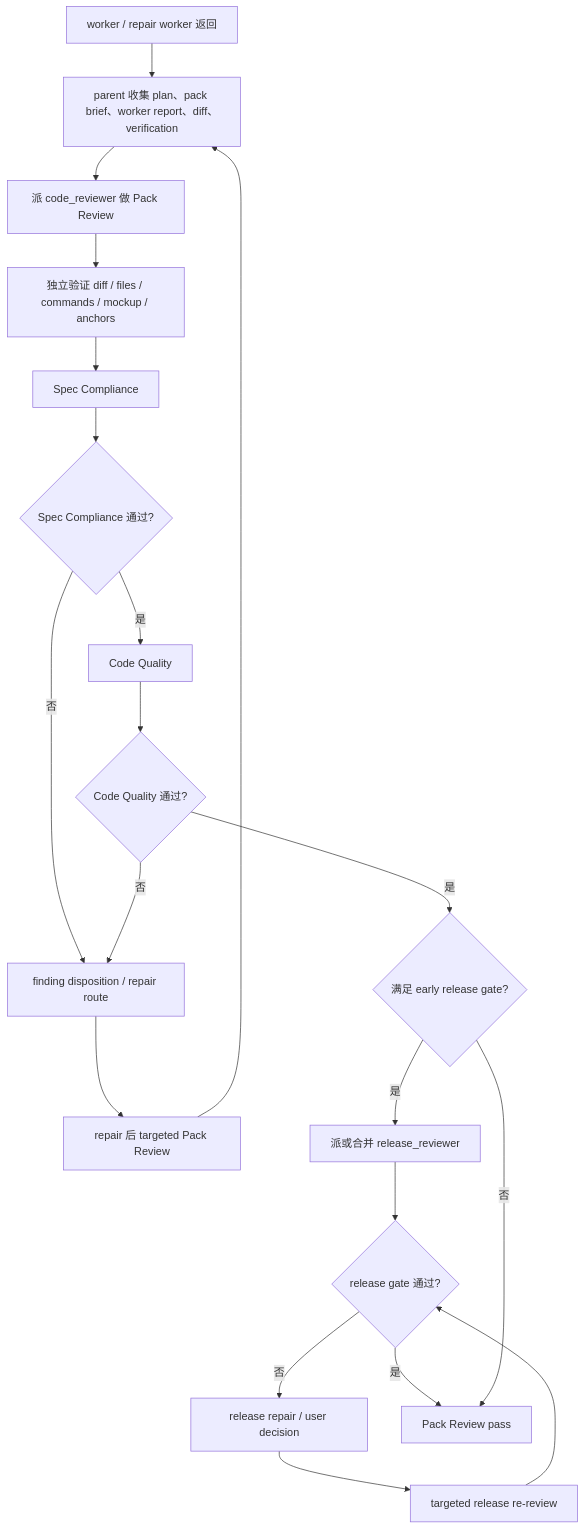
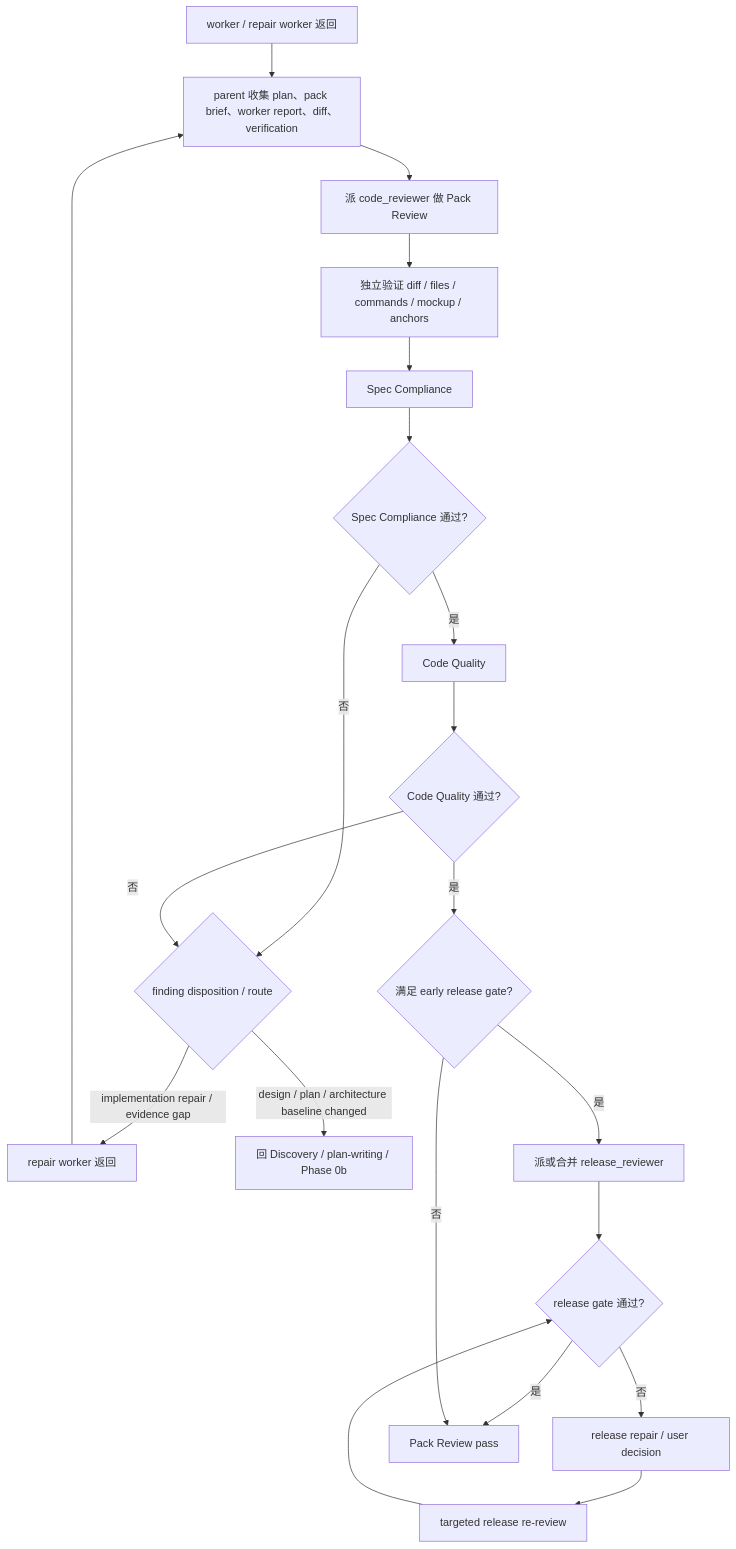
Before and after one commit to chancheuklap/multi-model-workflow: the diagram in .agents/skills/orchestrate-workflow/references/implementation-review.md, drawn with Mermaid. The commit also changed 6 other files, not shown here.

````diff
--- a/.agents/skills/orchestrate-workflow/references/implementation-review.md
+++ b/.agents/skills/orchestrate-workflow/references/implementation-review.md
@@ -30,22 +30,23 @@
 ```mermaid
 flowchart TD
     A["worker / repair worker 返回"] --> B["parent 收集 plan、pack brief、worker report、diff、verification"]
     B --> C["派 code_reviewer 做 Pack Review"]
     C --> D["独立验证 diff / files / commands / mockup / anchors"]
     D --> E["Spec Compliance"]
     E --> F{"Spec Compliance 通过?"}
-    F -->|否| G["finding disposition / repair route"]
-    G --> H["repair 后 targeted Pack Review"]
+    F -->|否| G{"finding disposition / route"}
+    G -->|implementation repair / evidence gap| H["repair worker 返回"]
     H --> B
+    G -->|design / plan / architecture baseline changed| Q["回 Discovery / plan-writing / Phase 0b"]
     F -->|是| I["Code Quality"]
     I --> J{"Code Quality 通过?"}
     J -->|否| G
     J -->|是| K{"满足 early release gate?"}
     K -->|是| L["派或合并 release_reviewer"]
     L --> M{"release gate 通过?"}
     M -->|否| N["release repair / user decision"]
     N --> O["targeted release re-review"]
     O --> M
     M -->|是| P["Pack Review pass"]
     K -->|否| P
 ```
````
